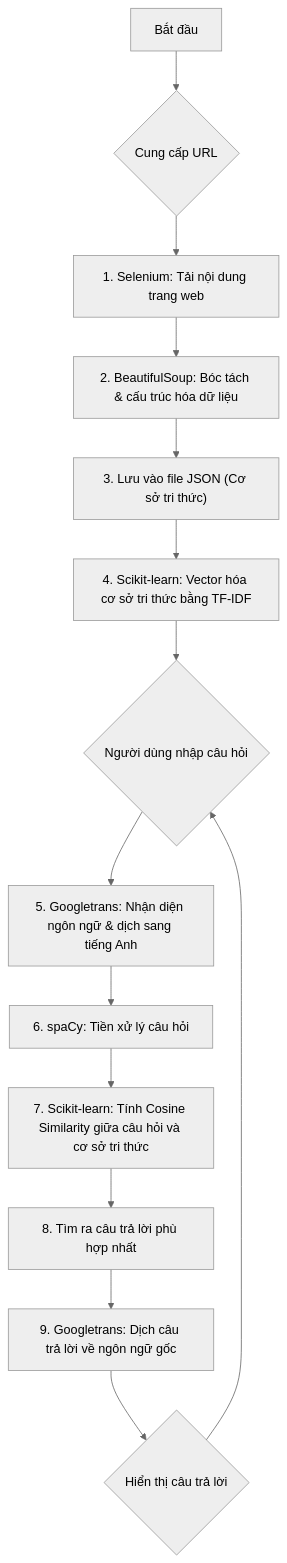
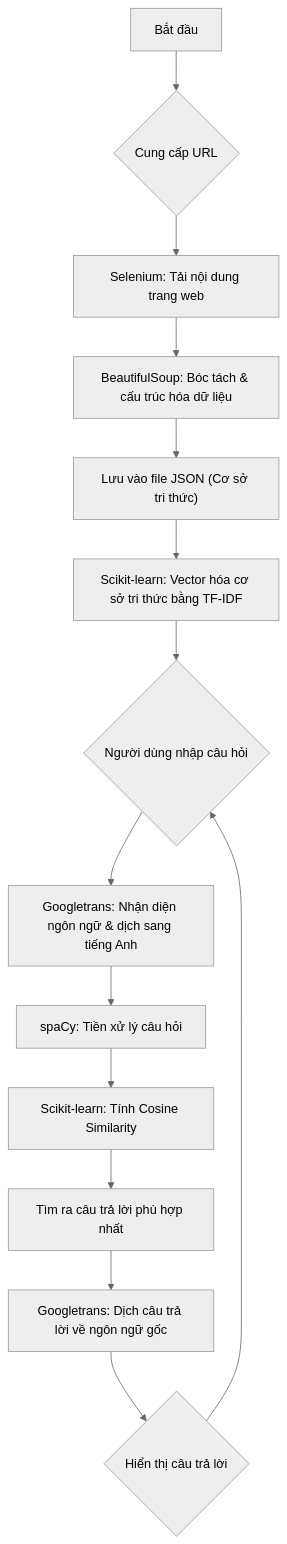
The diagram in README.md (TPhongKDL/Chatbot-Learning), drawn with Mermaid (neutral theme) before and after one commit.

````diff
--- a/README.md
+++ b/README.md
@@ -39,16 +39,16 @@
 ```mermaid
 graph TD
     A["Bắt đầu"] --> B{"Cung cấp URL"};
-    B --> C["1. Selenium: Tải nội dung trang web"];
-    C --> D["2. BeautifulSoup: Bóc tách & cấu trúc hóa dữ liệu"];
-    D --> E["3. Lưu vào file JSON (Cơ sở tri thức)"];
-    E --> F["4. Scikit-learn: Vector hóa cơ sở tri thức bằng TF-IDF"];
+    B --> C["Selenium: Tải nội dung trang web"];
+    C --> D["BeautifulSoup: Bóc tách & cấu trúc hóa dữ liệu"];
+    D --> E["Lưu vào file JSON (Cơ sở tri thức)"];
+    E --> F["Scikit-learn: Vector hóa cơ sở tri thức bằng TF-IDF"];
     F --> G{"Người dùng nhập câu hỏi"};
-    G --> H["5. Googletrans: Nhận diện ngôn ngữ & dịch sang tiếng Anh"];
-    H --> I["6. spaCy: Tiền xử lý câu hỏi"];
-    I --> J["7. Scikit-learn: Tính Cosine Similarity giữa câu hỏi và cơ sở tri thức"];
-    J --> K["8. Tìm ra câu trả lời phù hợp nhất"];
-    K --> L["9. Googletrans: Dịch câu trả lời về ngôn ngữ gốc"];
+    G --> H["Googletrans: Nhận diện ngôn ngữ & dịch sang tiếng Anh"];
+    H --> I["spaCy: Tiền xử lý câu hỏi"];
+    I --> J["Scikit-learn: Tính Cosine Similarity"];
+    J --> K["Tìm ra câu trả lời phù hợp nhất"];
+    K --> L["Googletrans: Dịch câu trả lời về ngôn ngữ gốc"];
     L --> M{"Hiển thị câu trả lời"};
     M --> G;
 ```
````
